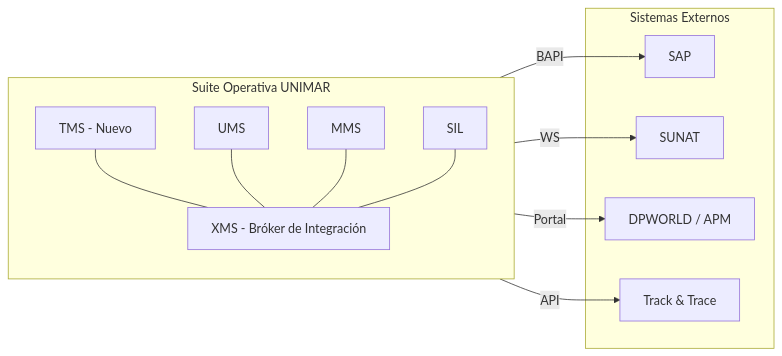
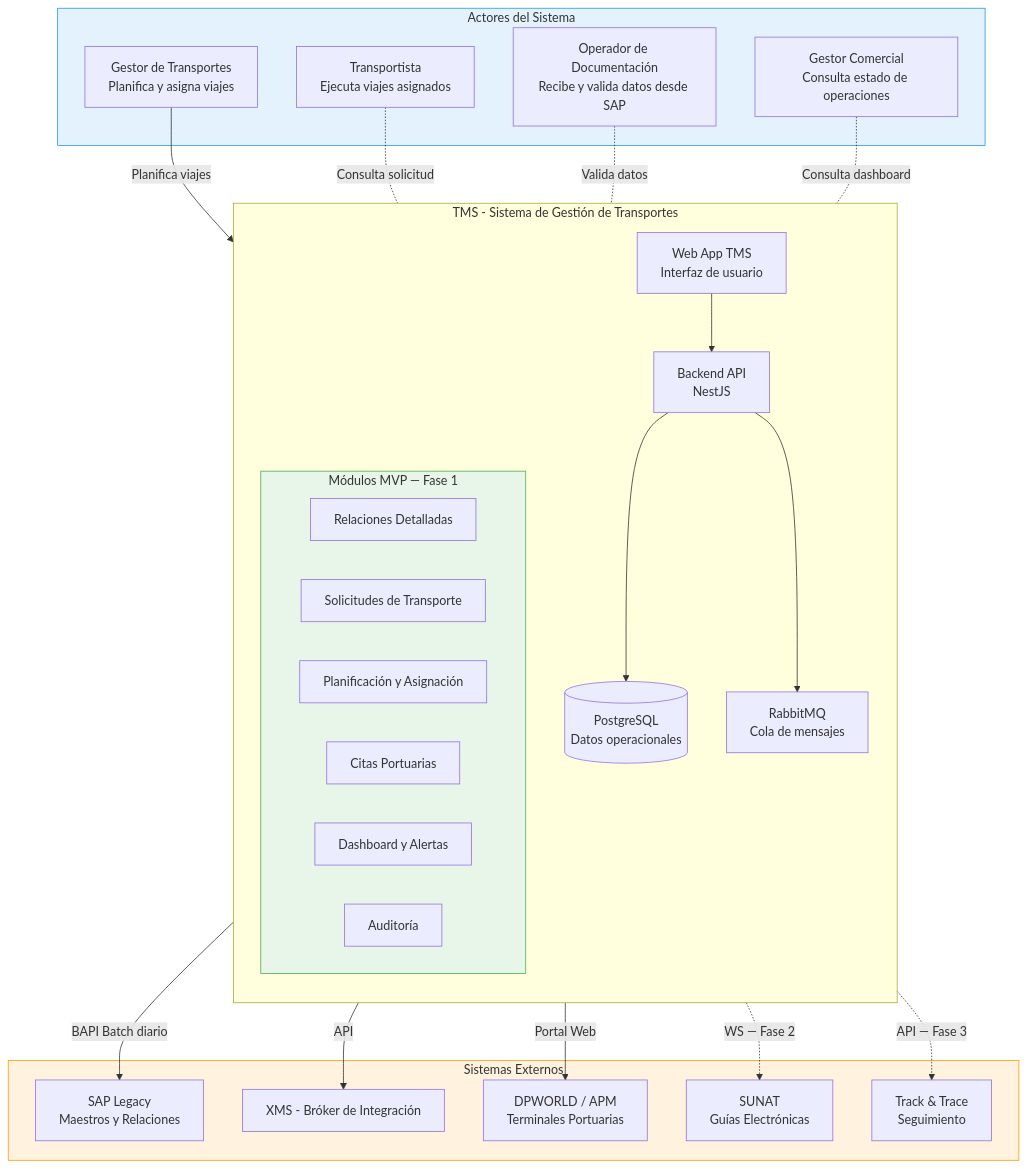
One commit to beyondnetPeru/unimar_tms changed the first of 4 diagrams in _bmad-output/planning-artifacts/prd-sistema-gestion-transportes.es.md. Above: the diagram before and after it, drawn with Mermaid. The commit also changed other lines of this file, not shown here.

Commit message:
fix: enriquecer mapa conceptual y tabla de actores con detalle por fase

````diff
--- a/_bmad-output/planning-artifacts/prd-sistema-gestion-transportes.es.md
+++ b/_bmad-output/planning-artifacts/prd-sistema-gestion-transportes.es.md
@@ -161,27 +161,53 @@
 ```mermaid
-flowchart LR
-    subgraph SUITE[Suite Operativa UNIMAR]
+flowchart TB
+    subgraph ACTORES[Actores del Sistema]
+        GT[Gestor de Transportes<br/>Planifica y asigna viajes]
+        TC[Transportista<br/>Ejecuta viajes asignados]
+        OD[Operador de Documentación<br/>Recibe y valida datos desde SAP]
+        GC[Gestor Comercial<br/>Consulta estado de operaciones]
+    end
+
+    subgraph TMS[TMS - Sistema de Gestión de Transportes]
         direction TB
-        XMS[XMS - Bróker de Integración]
-        UMS[UMS]
-        MMS[MMS]
-        SIL[SIL]
-        TMS[TMS - Nuevo]
+        WA[Web App TMS<br/>Interfaz de usuario]
+        BE[Backend API<br/>NestJS]
+        DB[(PostgreSQL<br/>Datos operacionales)]
+        MQ[RabbitMQ<br/>Cola de mensajes]
+        
+        subgraph MODULOS[Módulos MVP — Fase 1]
+            M1[Relaciones Detalladas]
+            M2[Solicitudes de Transporte]
+            M3[Planificación y Asignación]
+            M4[Citas Portuarias]
+            M5[Dashboard y Alertas]
+            M6[Auditoría]
+        end
     end
 
     subgraph EXT[Sistemas Externos]
-        SAP[SAP]
-        SUNAT
-        DPW[DPWORLD / APM]
-        TT[Track & Trace]
+        SAP[SAP Legacy<br/>Maestros y Relaciones]
+        XMS[XMS - Bróker de Integración]
+        DPW[DPWORLD / APM<br/>Terminales Portuarias]
+        SUNAT[SUNAT<br/>Guías Electrónicas]
+        TT[Track & Trace<br/>Seguimiento]
     end
 
-    TMS --- XMS
-    UMS --- XMS
-    MMS --- XMS
-    SIL --- XMS
-    TMS -->|BAPI| SAP
-    TMS -->|WS| SUNAT
-    TMS -->|Portal| DPW
-    TMS -->|API| TT
+    GT -->|Planifica viajes| WA
+    TC -.-|Consulta solicitud| WA
+    OD -.-|Valida datos| WA
+    GC -.-|Consulta dashboard| WA
+
+    WA --> BE
+    BE --> DB
+    BE --> MQ
+
+    BE -->|BAPI Batch diario| SAP
+    BE -->|API| XMS
+    BE -->|Portal Web| DPW
+    BE -.->|WS — Fase 2| SUNAT
+    BE -.->|API — Fase 3| TT
+
+    style MODULOS fill:#e8f5e9,stroke:#4caf50
+    style EXT fill:#fff3e0,stroke:#ff9800
+    style ACTORES fill:#e3f2fd,stroke:#2196f3
 ```
````
